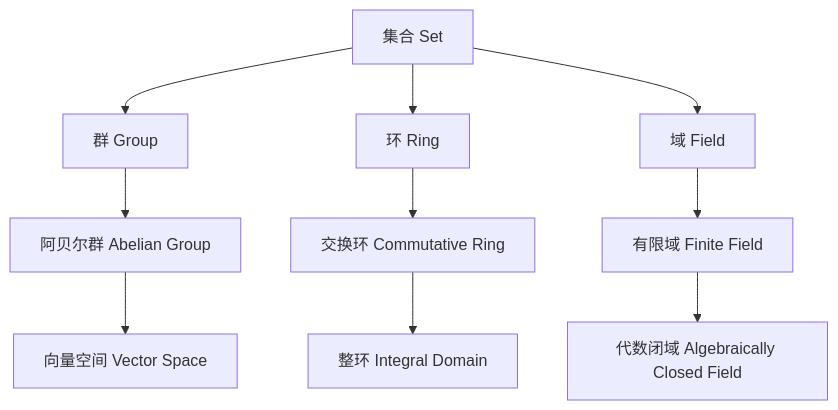
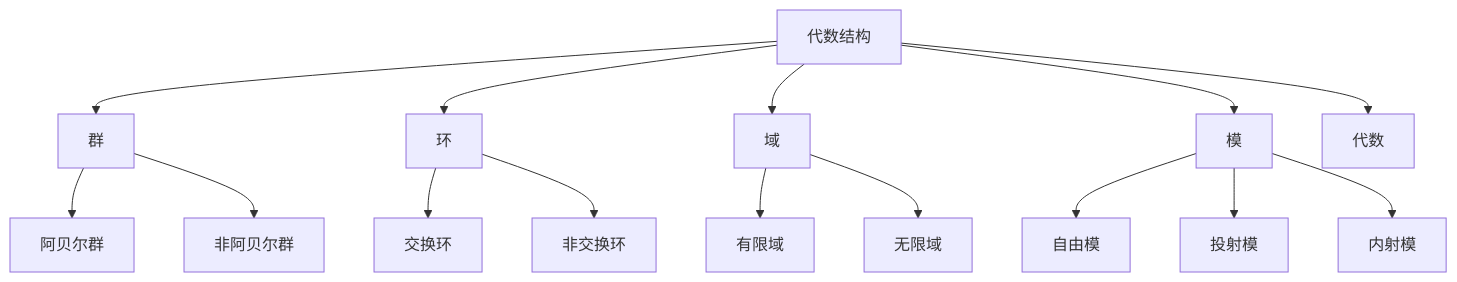
One commit to AdaMartin18010/Mathematics changed the first of 2 diagrams in Math/Refactor/03-代数结构与理论/00-代数结构与理论总览.md. Above: the diagram before and after it, drawn with Mermaid. The commit also changed other lines of this file and 1 other file, not shown here.

````diff
--- a/Math/Refactor/03-代数结构与理论/00-代数结构与理论总览.md
+++ b/Math/Refactor/03-代数结构与理论/00-代数结构与理论总览.md
@@ -32,12 +108,21 @@
 ```mermaid
 graph TD
-    A[集合 Set] --> B[群 Group]
-    A --> C[环 Ring]
-    A --> D[域 Field]
-    B --> E[阿贝尔群 Abelian Group]
-    C --> F[交换环 Commutative Ring]
-    D --> G[有限域 Finite Field]
-    E --> H[向量空间 Vector Space]
-    F --> I[整环 Integral Domain]
-    G --> J[代数闭域 Algebraically Closed Field]
+    A[代数结构] --> B[群]
+    A --> C[环]
+    A --> D[域]
+    A --> E[模]
+    A --> F[代数]
+    
+    B --> G[阿贝尔群]
+    B --> H[非阿贝尔群]
+    
+    C --> I[交换环]
+    C --> J[非交换环]
+    
+    D --> K[有限域]
+    D --> L[无限域]
+    
+    E --> M[自由模]
+    E --> N[投射模]
+    E --> O[内射模]
 ```
````
